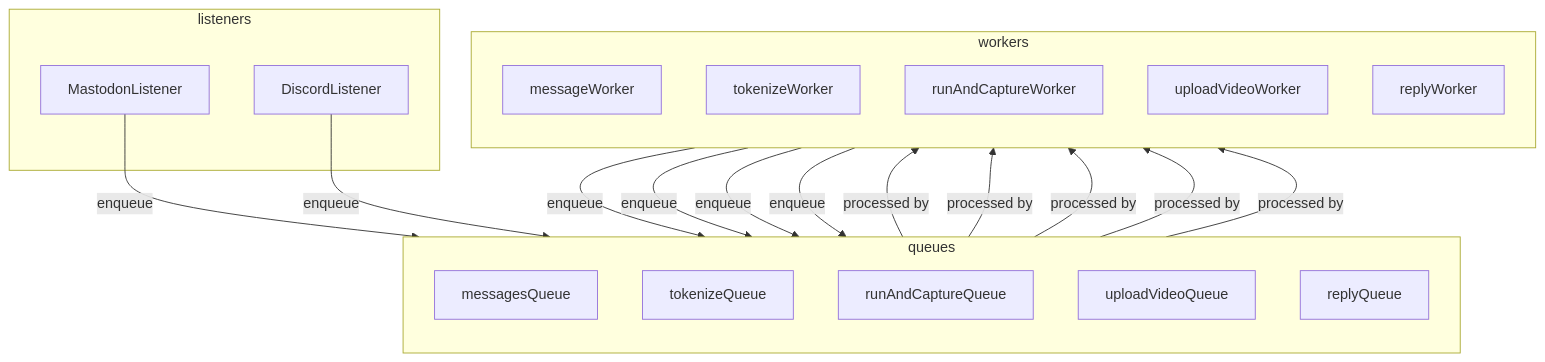
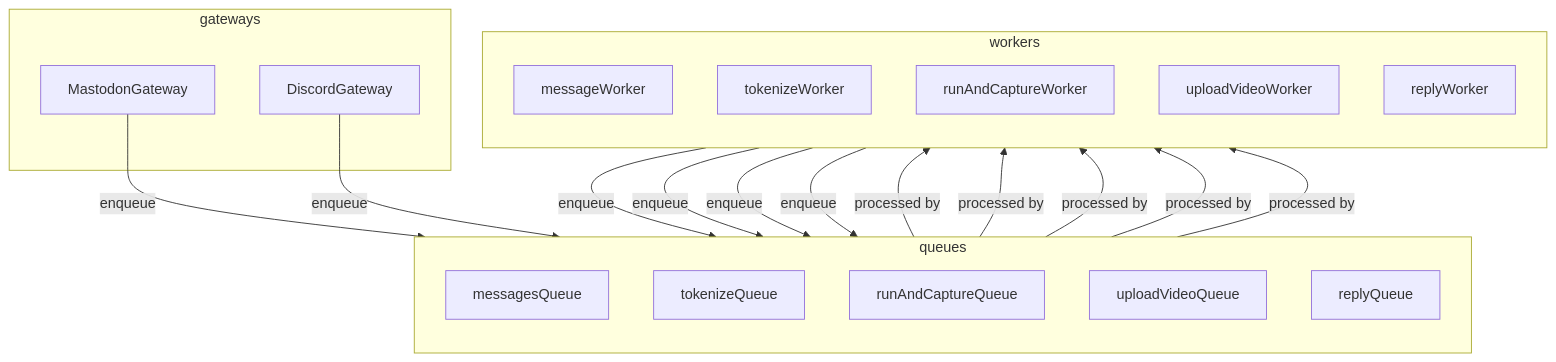
Before and after one commit to riney/real-c64-bot: the diagram in README.md, drawn with Mermaid. The commit also changed other lines of this file and 4 other files, not shown here.

Commit message:
Renamed listeners to gateways (because they both talk and listen), updated readme

````diff
--- a/README.md
+++ b/README.md
@@ -24,37 +24,37 @@
 ```mermaid 
 flowchart
     subgraph queues
         direction TB
 
         messagesQueue
         tokenizeQueue
         runAndCaptureQueue
         uploadVideoQueue
         replyQueue
     end
 
-    subgraph listeners
-        MastodonListener -- enqueue --> messagesQueue
-        DiscordListener -- enqueue --> messagesQueue
+    subgraph gateways
+        MastodonGateway -- enqueue --> messagesQueue
+        DiscordGateway -- enqueue --> messagesQueue
     end
     
     subgraph workers
         direction TB
 
         messageWorker
         tokenizeWorker 
         runAndCaptureWorker
         uploadVideoWorker
         replyWorker
 
         messagesQueue -- processed by --> messageWorker
         messageWorker -- enqueue --> tokenizeQueue
         tokenizeQueue -- processed by --> tokenizeWorker
         tokenizeWorker -- enqueue --> runAndCaptureQueue
         runAndCaptureQueue -- processed by --> runAndCaptureWorker
         runAndCaptureWorker -- enqueue --> uploadVideoQueue
         uploadVideoQueue -- processed by --> uploadVideoWorker
         uploadVideoWorker -- enqueue --> replyQueue
         replyQueue -- processed by --> replyWorker
     end
 ```
````
